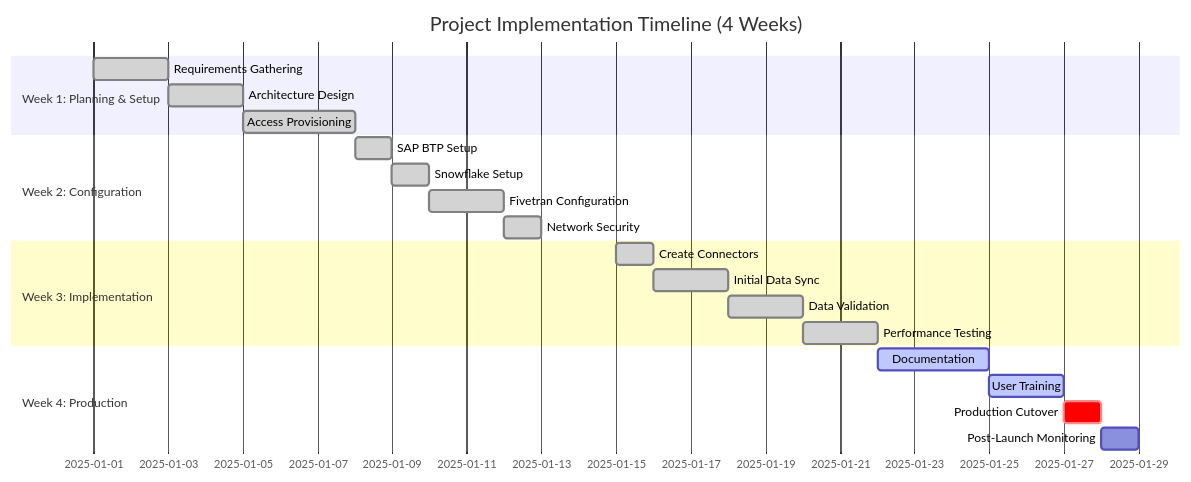
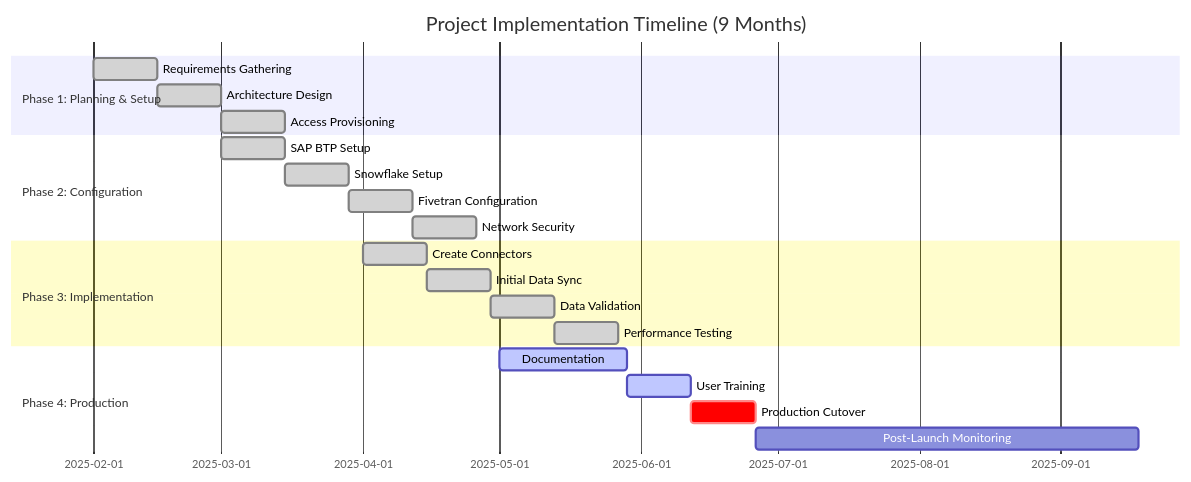
Before and after one commit to Anshuman05091997/SAP-BTP-to-Snowflake-Integration-via-Fivetran: the fifth of 8 diagrams in PROJECT_OVERVIEW.md, drawn with Mermaid. The commit also changed other lines of this file and 2 other files, not shown here.

Commit message:
Update timeline to 9 months (Feb-Oct 2025) and remove code examples

````diff
--- a/PROJECT_OVERVIEW.md
+++ b/PROJECT_OVERVIEW.md
@@ -391,27 +400,27 @@
 ```mermaid
 gantt
-    title Project Implementation Timeline (4 Weeks)
+    title Project Implementation Timeline (9 Months)
     dateFormat YYYY-MM-DD
-    section Week 1: Planning & Setup
-    Requirements Gathering         :done, w1a, 2025-01-01, 2d
-    Architecture Design            :done, w1b, after w1a, 2d
-    Access Provisioning            :done, w1c, after w1b, 3d
+    section Phase 1: Planning & Setup
+    Requirements Gathering         :done, p1a, 2025-02-01, 2w
+    Architecture Design            :done, p1b, after p1a, 2w
+    Access Provisioning            :done, p1c, after p1b, 2w
     
-    section Week 2: Configuration
-    SAP BTP Setup                  :done, w2a, 2025-01-08, 1d
-    Snowflake Setup                :done, w2b, after w2a, 1d
-    Fivetran Configuration         :done, w2c, after w2b, 2d
-    Network Security               :done, w2d, after w2c, 1d
+    section Phase 2: Configuration
+    SAP BTP Setup                  :done, p2a, 2025-03-01, 2w
+    Snowflake Setup                :done, p2b, after p2a, 2w
+    Fivetran Configuration         :done, p2c, after p2b, 2w
+    Network Security               :done, p2d, after p2c, 2w
     
-    section Week 3: Implementation
-    Create Connectors              :done, w3a, 2025-01-15, 1d
-    Initial Data Sync              :done, w3b, after w3a, 2d
-    Data Validation                :done, w3c, after w3b, 2d
-    Performance Testing            :done, w3d, after w3c, 2d
+    section Phase 3: Implementation
+    Create Connectors              :done, p3a, 2025-04-01, 2w
+    Initial Data Sync              :done, p3b, after p3a, 2w
+    Data Validation                :done, p3c, after p3b, 2w
+    Performance Testing            :done, p3d, after p3c, 2w
     
-    section Week 4: Production
-    Documentation                  :active, w4a, 2025-01-22, 3d
-    User Training                  :active, w4b, after w4a, 2d
-    Production Cutover             :crit, w4c, after w4b, 1d
-    Post-Launch Monitoring         :w4d, after w4c, 1d
+    section Phase 4: Production
+    Documentation                  :active, p4a, 2025-05-01, 4w
+    User Training                  :active, p4b, after p4a, 2w
+    Production Cutover             :crit, p4c, after p4b, 2w
+    Post-Launch Monitoring         :p4d, after p4c, 12w
 ```
````
